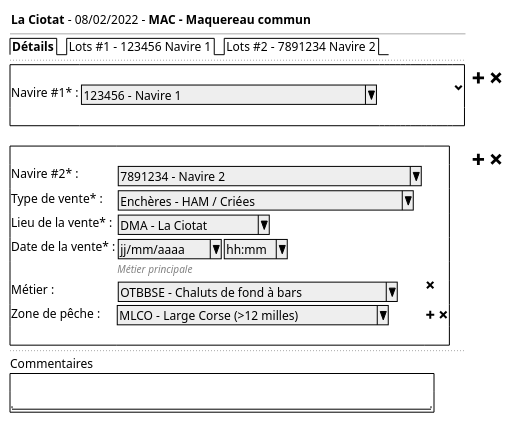
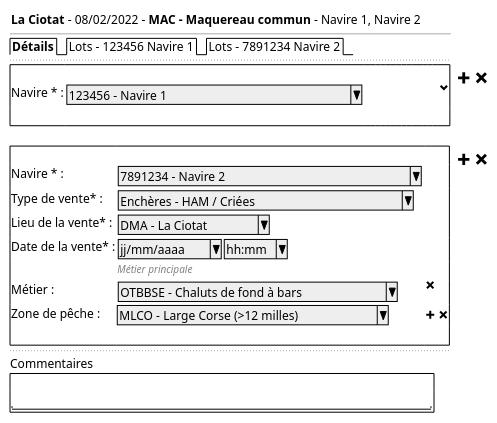
Before and after one commit to sumaris-net/sumaris-doc: the diagram in projects/obsvente/spe/images/med/sale-mediterranee-vessels-details.puml, drawn with PlantUML. The commit also changed 12 other files, not shown here.

```diff
--- a/projects/obsvente/spe/images/med/sale-mediterranee-vessels-details.puml
+++ b/projects/obsvente/spe/images/med/sale-mediterranee-vessels-details.puml
@@ -1,37 +1,37 @@
 @startsalt
 {
-  { <b>La Ciotat</b> - 08/02/2022 - <b>MAC - Maquereau commun  | . |
+  { <b>La Ciotat</b> - 08/02/2022 - <b>MAC - Maquereau commun</b> - Navire 1, Navire 2  | . |
                                                                                                                                                                                                                           }
   --
-  {/  <b>Détails | Lots #1 - 123456 Navire 1 | Lots #2 - 7891234 Navire 2 }
+  {/  <b>Détails | Lots - 123456 Navire 1 | Lots - 7891234 Navire 2 }
 
   ..
   {+
     .
-      Navire #1* :    | { ^123456 - Navire 1                  ^ } | . | . | . | . | . | . | . | . | . | . | . | . | . | . |     <&chevron-bottom>
+      Navire * :    | { ^123456 - Navire 1                  ^ } | . | . | . | . | . | . | . | . | . | . | . | . | . | . |     <&chevron-bottom>
   .
   } | . | <size:17><&plus> <size:17><&x>
   .
 {+
     .
-      Navire #2* :    | { ^7891234 - Navire 2                  ^ }
+      Navire * :    | { ^7891234 - Navire 2                  ^ }
 
       Type de vente* :    | { ^Enchères - HAM / Criées            ^ }
       Lieu de la vente* :   |  { ^ DMA - La Ciotat ^ }
       Date de la vente* :   |  { ^ jj/mm/aaaa^  |  ^ hh:mm^ }
 
       . | <font color=grey size=10><i>Métier principale</i>
        Métier : | { ^ OTBBSE - Chaluts de fond à bars ^ } |  <&x>
 
 
       Zone de pêche :            | ^ MLCO - Large Corse (>12 milles)^ | <&plus> <&x>
       .
   } | . | <size:17><&plus> <size:17><&x>
  ..
   Commentaires
   {+ .
           "                                                    "
   }
 
 }
 @endsalt
```
